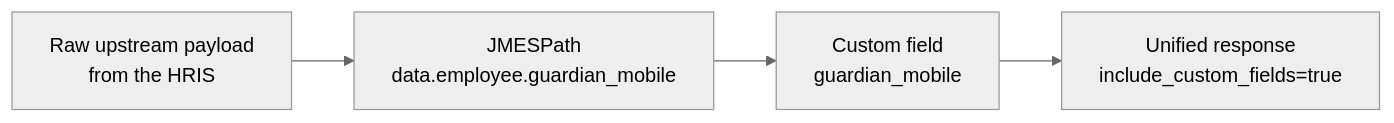
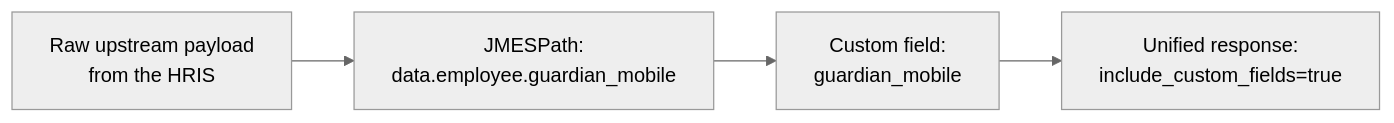
Before and after one commit to kaval1810/bindbee-docs-test: the first of 2 diagrams in guides/extending/custom-fields.mdx, drawn with Mermaid (neutral theme). The commit also changed other lines of this file and 1 other file, not shown here.

````diff
--- a/guides/extending/custom-fields.mdx
+++ b/guides/extending/custom-fields.mdx
@@ -10,6 +10,6 @@
 ```mermaid
 flowchart LR
-    A["Raw upstream payload<br/>from the HRIS"] --> B["JMESPath<br/>data.employee.guardian_mobile"]
-    B --> C["Custom field<br/>guardian_mobile"]
-    C --> D["Unified response<br/>include_custom_fields=true"]
+    A["Raw upstream payload<br/>from the HRIS"] --> B["JMESPath:<br/>data.employee.guardian_mobile"]
+    B --> C["Custom field:<br/>guardian_mobile"]
+    C --> D["Unified response:<br/>include_custom_fields=true"]
 ```
````
